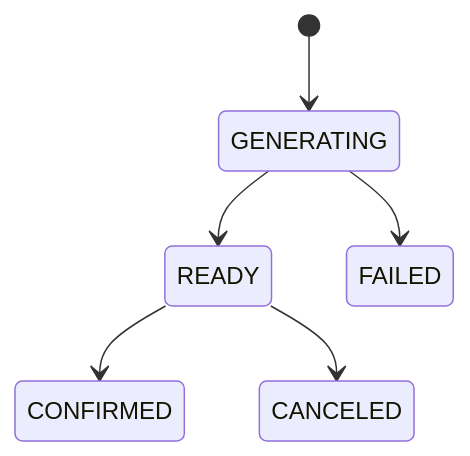
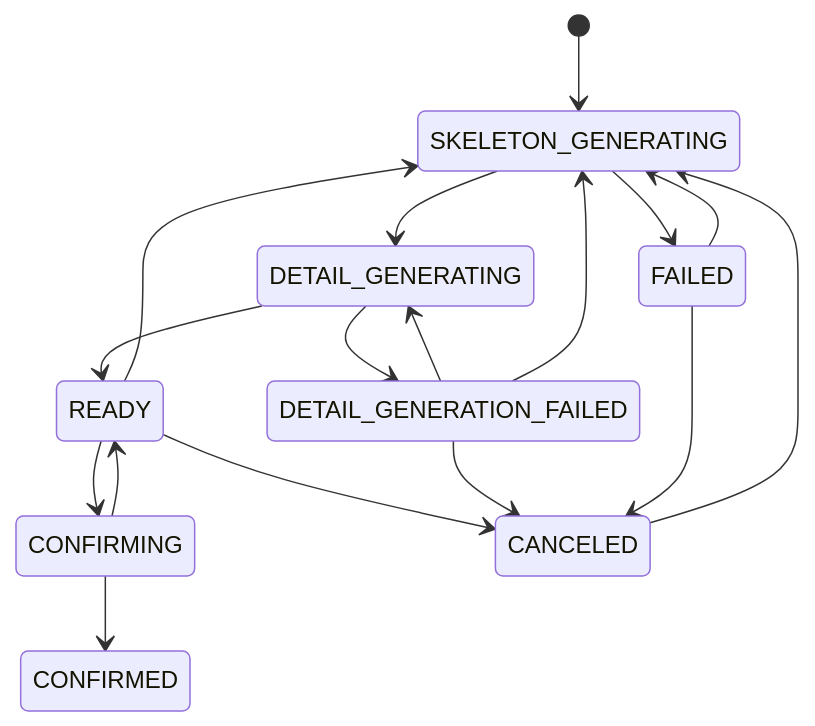
One commit to BangShou1st/ai-collab changed the third of 4 diagrams in docs/architecture.md. Above: the diagram before and after it, drawn with Mermaid. The commit also changed other lines of this file and 3 other files, not shown here.

````diff
--- a/docs/architecture.md
+++ b/docs/architecture.md
@@ -371,8 +371,19 @@
 ```mermaid
 stateDiagram-v2
-    [*] --> GENERATING
-    GENERATING --> READY
-    GENERATING --> FAILED
-    READY --> CONFIRMED
+    [*] --> SKELETON_GENERATING
+    SKELETON_GENERATING --> DETAIL_GENERATING
+    SKELETON_GENERATING --> FAILED
+    DETAIL_GENERATING --> READY
+    DETAIL_GENERATING --> DETAIL_GENERATION_FAILED
+    DETAIL_GENERATION_FAILED --> DETAIL_GENERATING
+    READY --> CONFIRMING
+    CONFIRMING --> CONFIRMED
+    CONFIRMING --> READY
     READY --> CANCELED
+    DETAIL_GENERATION_FAILED --> CANCELED
+    FAILED --> CANCELED
+    CANCELED --> SKELETON_GENERATING
+    READY --> SKELETON_GENERATING
+    FAILED --> SKELETON_GENERATING
+    DETAIL_GENERATION_FAILED --> SKELETON_GENERATING
 ```
````
